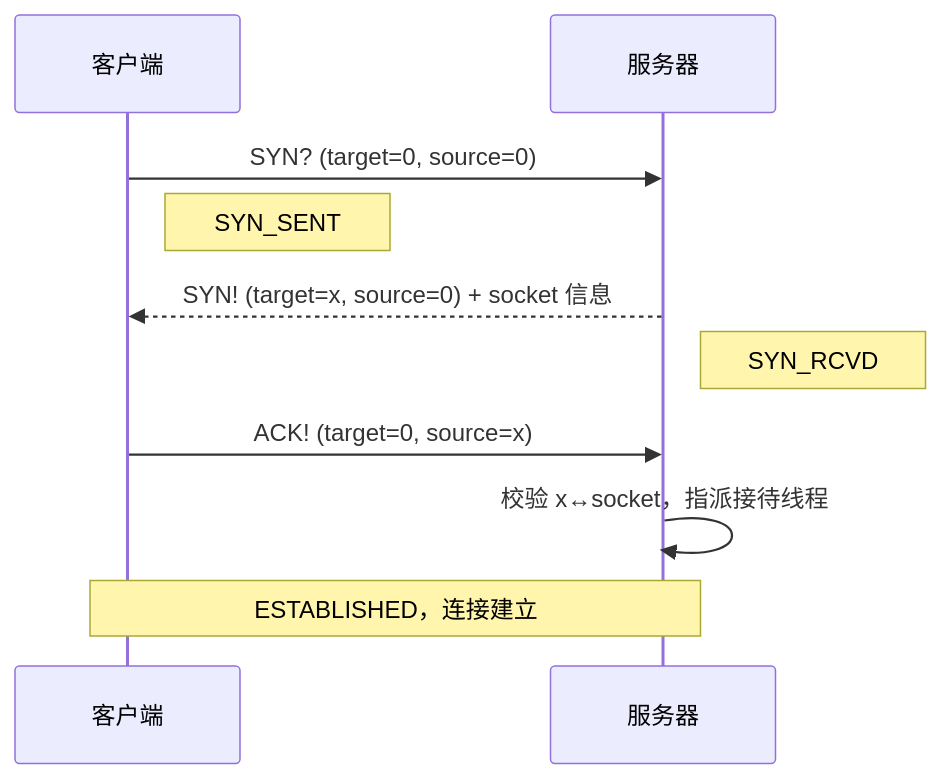
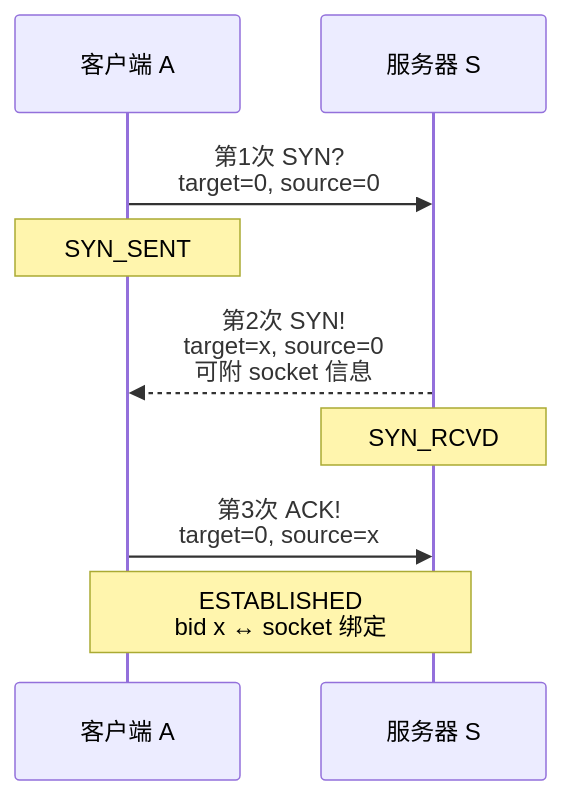
One commit to moky/magpie-bridge changed the second of 7 diagrams in docs/design-workflow.zh-CN.md. Above: the diagram before and after it, drawn with Mermaid. The commit also changed other lines of this file and 5 other files, not shown here.

Commit message:
docs: regenerate from ai/ tasks with mermaid diagrams

````diff
--- a/docs/design-workflow.zh-CN.md
+++ b/docs/design-workflow.zh-CN.md
@@ -11,12 +39,11 @@
 ```mermaid
 sequenceDiagram
-    participant C as 客户端
-    participant S as 服务器
-    C->>S: SYN? (target=0, source=0)
-    Note right of C: SYN_SENT
-    S-->>C: SYN! (target=x, source=0) + socket 信息
-    Note right of S: SYN_RCVD
-    C->>S: ACK! (target=0, source=x)
-    S->>S: 校验 x↔socket，指派接待线程
-    Note over C,S: ESTABLISHED，连接建立
+    participant A as 客户端 A
+    participant S as 服务器 S
+    A->>S: 第1次 SYN?<br/>target=0, source=0
+    Note over A: SYN_SENT
+    S-->>A: 第2次 SYN!<br/>target=x, source=0<br/>可附 socket 信息
+    Note over S: SYN_RCVD
+    A->>S: 第3次 ACK!<br/>target=0, source=x
+    Note over A,S: ESTABLISHED<br/>bid x ↔ socket 绑定
 ```
````
